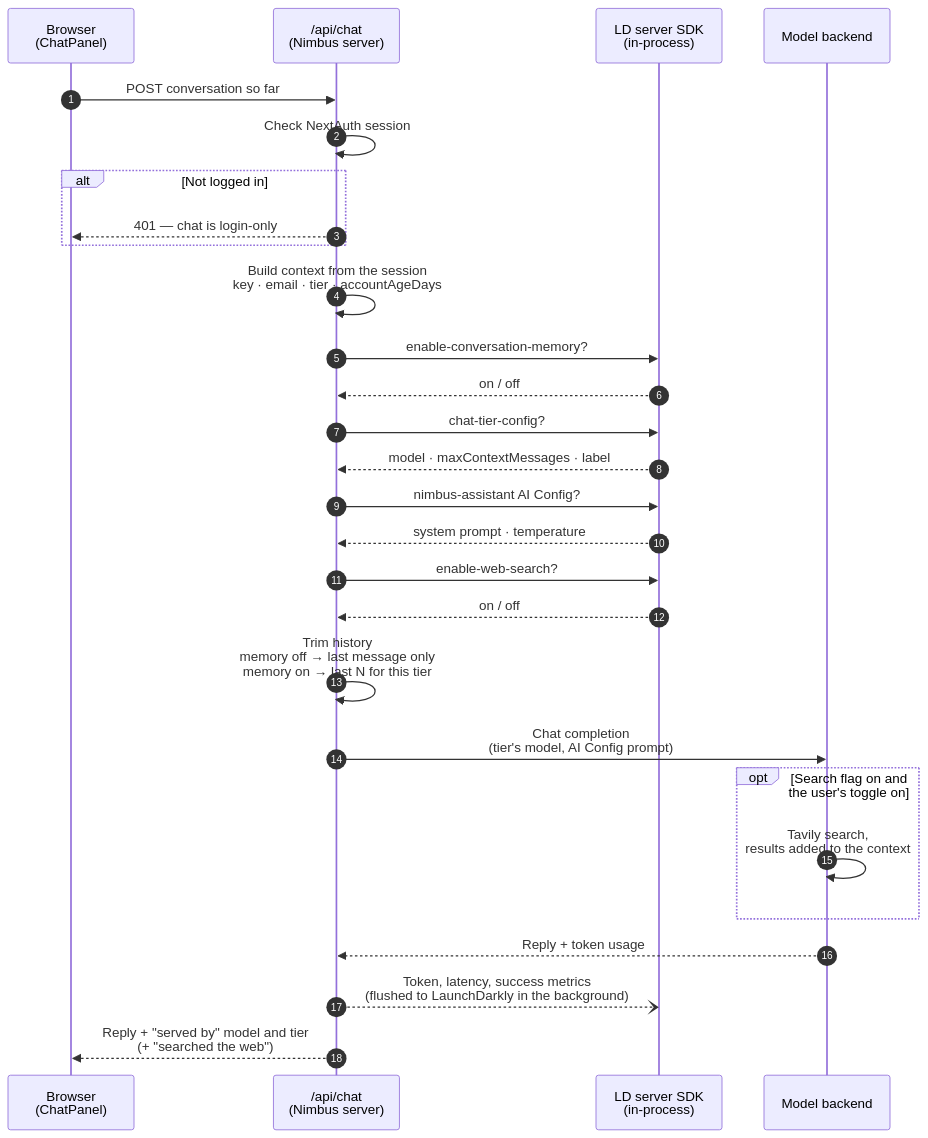
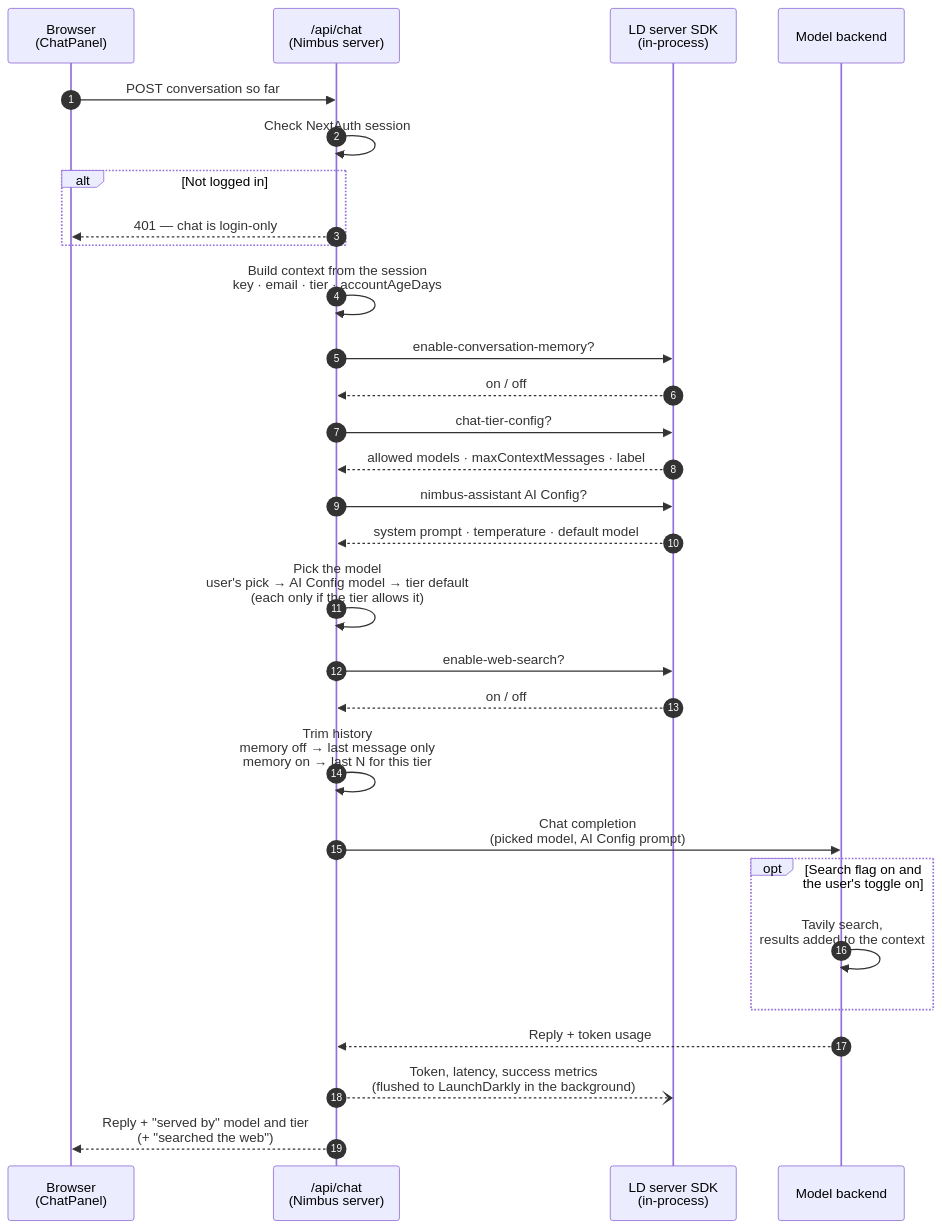
The third of 5 diagrams in docs/ARCHITECTURE.md (hiddenintel-rc/nimbus-ai-sample), drawn with Mermaid before and after one commit. The commit also changed other lines of this file and 6 other files, not shown here.

First line of the commit message:
Add a per-tier model menu with greyed-out upsell models

````diff
--- a/docs/ARCHITECTURE.md
+++ b/docs/ARCHITECTURE.md
@@ -126,34 +127,35 @@
 ```mermaid
 sequenceDiagram
     accTitle: Chat request flow
     accDescr: The browser posts the conversation to /api/chat. The route checks the session, builds a LaunchDarkly context from it, evaluates the memory flag, the tier flag, the AI Config and the web search flag locally, trims the history, calls the model backend (which runs a web search only when the flag is on and the user's toggle asked for it), reports AI metrics to LaunchDarkly in the background, and returns the reply with a served-by caption.
     autonumber
 
     participant B as Browser<br/>(ChatPanel)
     participant R as /api/chat<br/>(Nimbus server)
     participant SDK as LD server SDK<br/>(in-process)
     participant M as Model backend
 
     B->>R: POST conversation so far
     R->>R: Check NextAuth session
     alt Not logged in
         R-->>B: 401 — chat is login-only
     end
     R->>R: Build context from the session<br/>key · email · tier · accountAgeDays
     R->>SDK: enable-conversation-memory?
     SDK-->>R: on / off
     R->>SDK: chat-tier-config?
-    SDK-->>R: model · maxContextMessages · label
+    SDK-->>R: allowed models · maxContextMessages · label
     R->>SDK: nimbus-assistant AI Config?
-    SDK-->>R: system prompt · temperature
+    SDK-->>R: system prompt · temperature · default model
+    R->>R: Pick the model<br/>user's pick → AI Config model → tier default<br/>(each only if the tier allows it)
     R->>SDK: enable-web-search?
     SDK-->>R: on / off
     R->>R: Trim history<br/>memory off → last message only<br/>memory on → last N for this tier
-    R->>M: Chat completion<br/>(tier's model, AI Config prompt)
+    R->>M: Chat completion<br/>(picked model, AI Config prompt)
     opt Search flag on and the user's toggle on
         M->>M: Tavily search,<br/>results added to the context
     end
     M-->>R: Reply + token usage
     R--)SDK: Token, latency, success metrics<br/>(flushed to LaunchDarkly in the background)
     R-->>B: Reply + "served by" model and tier<br/>(+ "searched the web")
 ```
````
